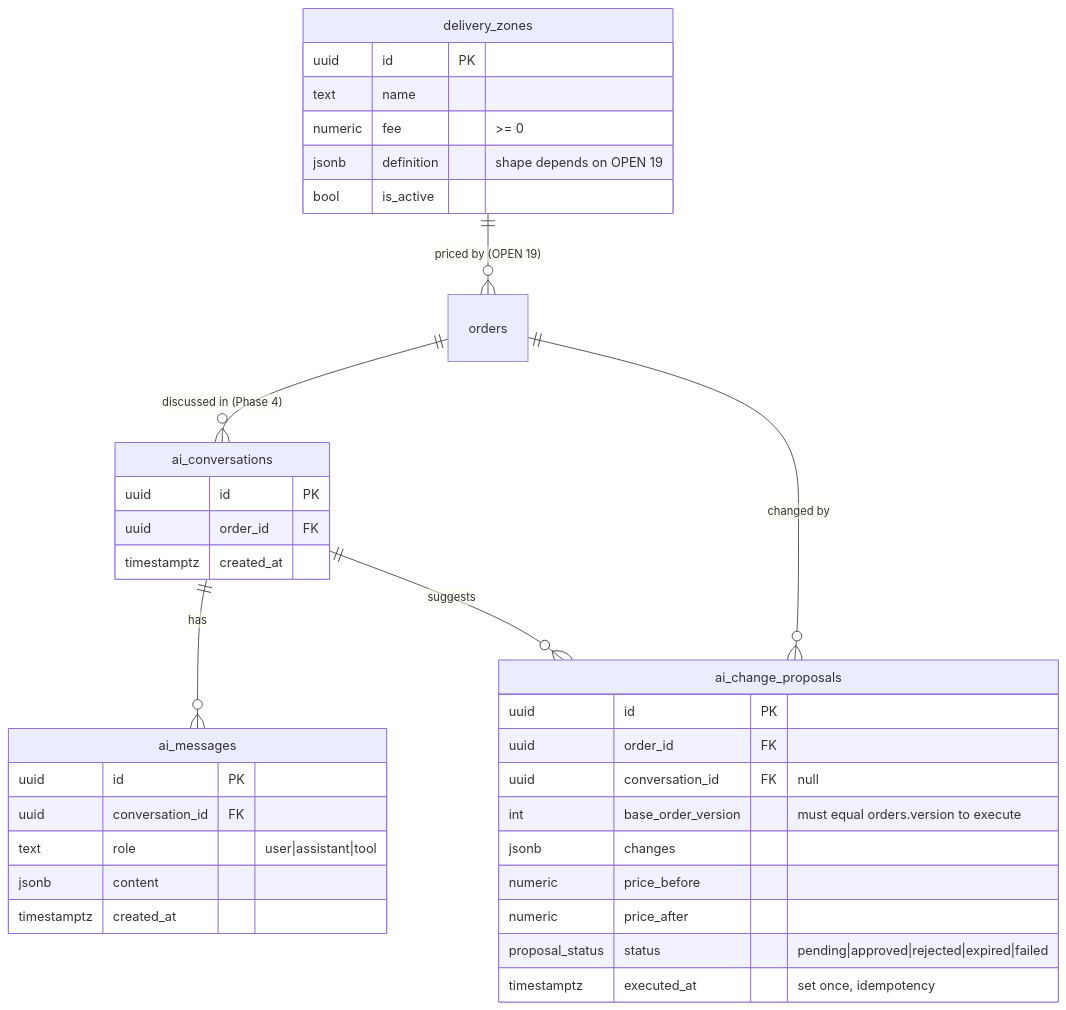
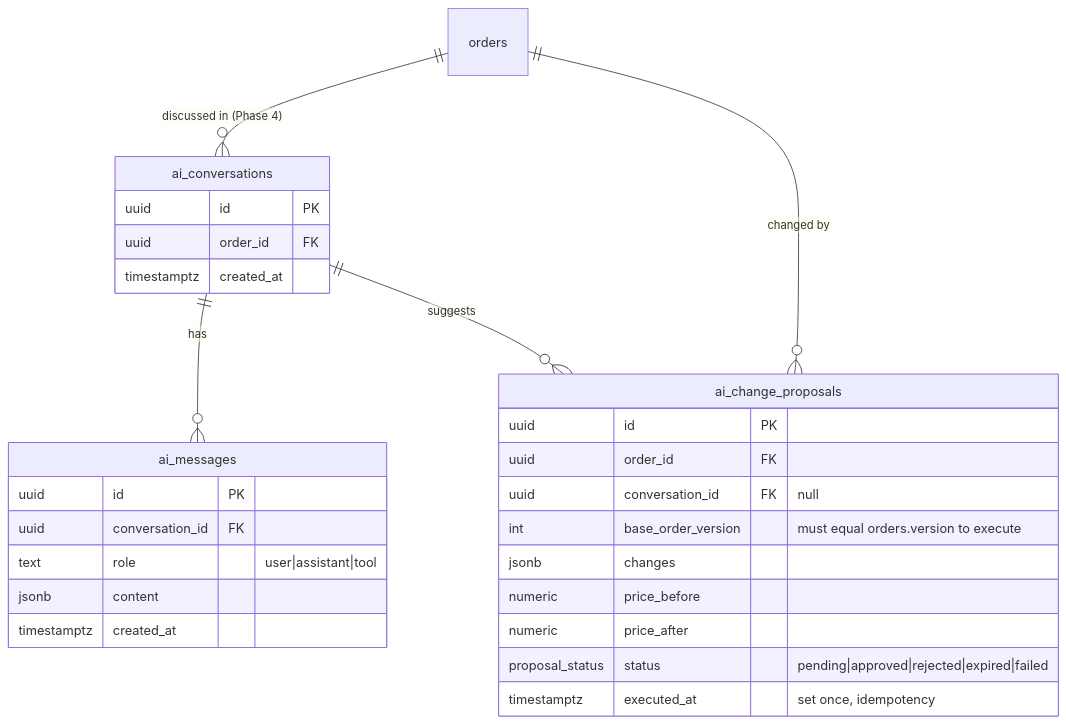
Before and after one commit to JonathanZouari/ai-catering-platform: the second of 2 diagrams in docs/ERD.md, drawn with Mermaid. The commit also changed other lines of this file and 26 other files, not shown here.

First line of the commit message:
feat(delivery): delivery zones by city list with frozen fees

````diff
--- a/docs/ERD.md
+++ b/docs/ERD.md
@@ -146,39 +161,31 @@
 ```mermaid
 erDiagram
-    delivery_zones ||--o{ orders : "priced by (OPEN 19)"
     orders ||--o{ ai_conversations : "discussed in (Phase 4)"
     ai_conversations ||--o{ ai_messages : "has"
     orders ||--o{ ai_change_proposals : "changed by"
     ai_conversations ||--o{ ai_change_proposals : "suggests"
 
-    delivery_zones {
-        uuid id PK
-        text name
-        numeric fee ">= 0"
-        jsonb definition "shape depends on OPEN 19"
-        bool is_active
-    }
     ai_conversations {
         uuid id PK
         uuid order_id FK
         timestamptz created_at
     }
     ai_messages {
         uuid id PK
         uuid conversation_id FK
         text role "user|assistant|tool"
         jsonb content
         timestamptz created_at
     }
     ai_change_proposals {
         uuid id PK
         uuid order_id FK
         uuid conversation_id FK "null"
         int base_order_version "must equal orders.version to execute"
         jsonb changes
         numeric price_before
         numeric price_after
         proposal_status status "pending|approved|rejected|expired|failed"
         timestamptz executed_at "set once, idempotency"
     }
 ```
````
